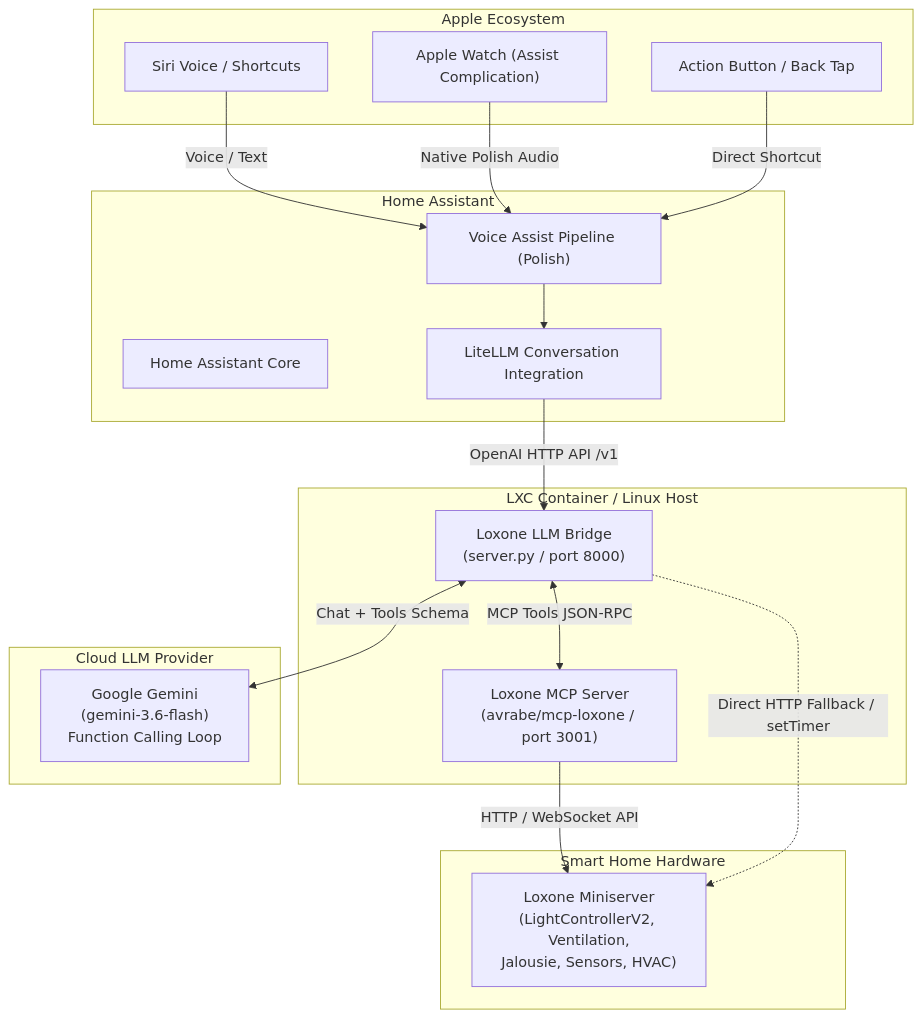
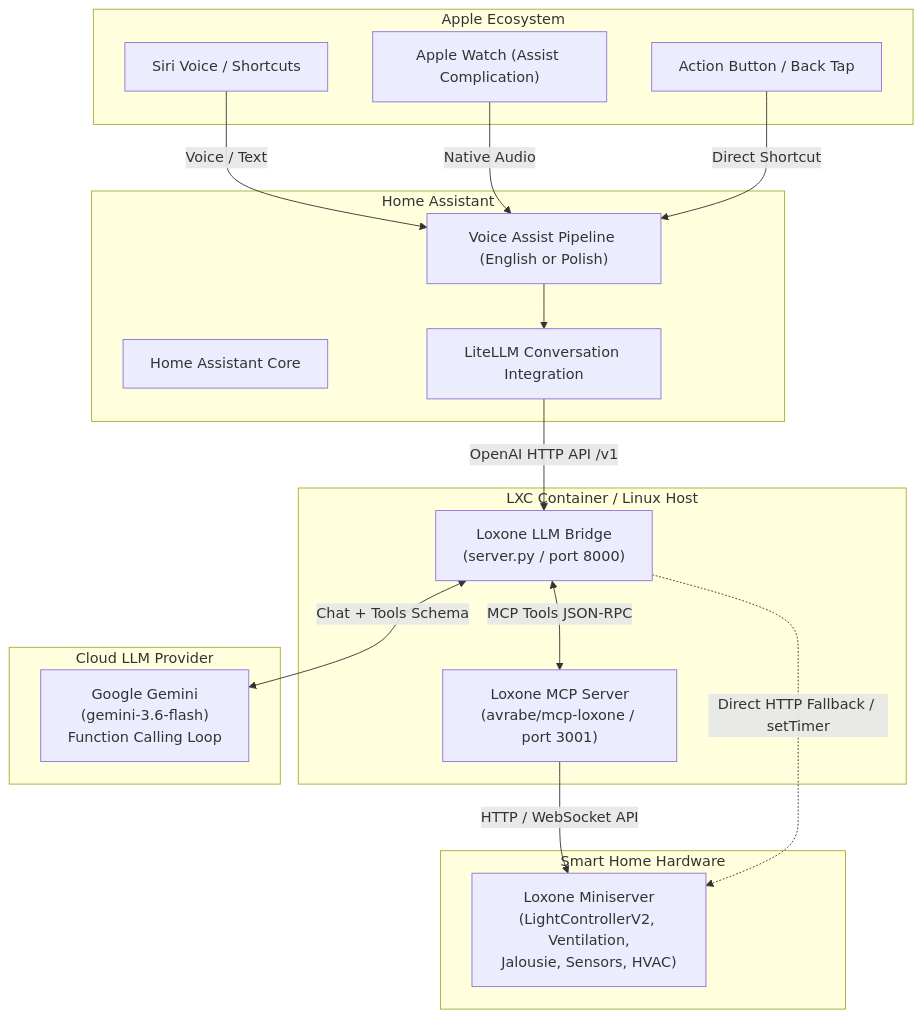
The diagram in README.md (cayco/loxone-llm), drawn with Mermaid before and after one commit. The commit also changed other lines of this file and 3 other files, not shown here.

````diff
--- a/README.md
+++ b/README.md
@@ -16,37 +16,37 @@
 ```mermaid
 flowchart TD
     subgraph AppleEcosystem["Apple Ecosystem"]
         Siri["Siri Voice / Shortcuts"]
         Watch["Apple Watch (Assist Complication)"]
         ActionButton["Action Button / Back Tap"]
     end
 
     subgraph HomeAssistant["Home Assistant"]
         HACore["Home Assistant Core"]
-        VoiceAssist["Voice Assist Pipeline (Polish)"]
+        VoiceAssist["Voice Assist Pipeline (English or Polish)"]
         LiteLLM["LiteLLM Conversation Integration"]
     end
 
     subgraph BridgeHost["LXC Container / Linux Host"]
         Bridge["Loxone LLM Bridge\n(server.py / port 8000)"]
         MCP["Loxone MCP Server\n(avrabe/mcp-loxone / port 3001)"]
     end
 
     subgraph Cloud["Cloud LLM Provider"]
         Gemini["Google Gemini\n(gemini-3.6-flash)\nFunction Calling Loop"]
     end
 
     subgraph SmartHome["Smart Home Hardware"]
         Miniserver["Loxone Miniserver\n(LightControllerV2, Ventilation,\nJalousie, Sensors, HVAC)"]
     end
 
     Siri -->|Voice / Text| VoiceAssist
-    Watch -->|Native Polish Audio| VoiceAssist
+    Watch -->|Native Audio| VoiceAssist
     ActionButton -->|Direct Shortcut| VoiceAssist
     VoiceAssist --> LiteLLM
     LiteLLM -->|OpenAI HTTP API /v1| Bridge
     Bridge <-->|Chat + Tools Schema| Gemini
     Bridge <-->|MCP Tools JSON-RPC| MCP
     MCP -->|HTTP / WebSocket API| Miniserver
     Bridge -.->|Direct HTTP Fallback / setTimer| Miniserver
 ```
````
